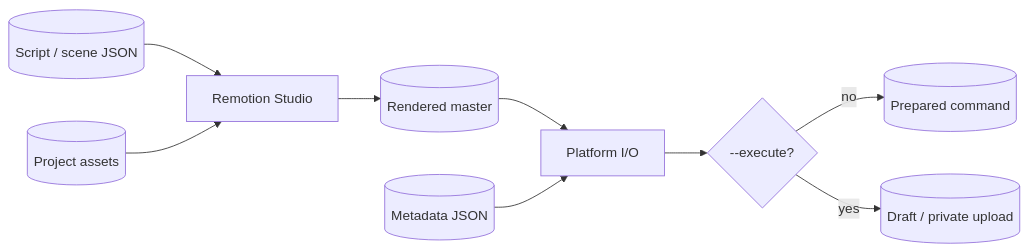
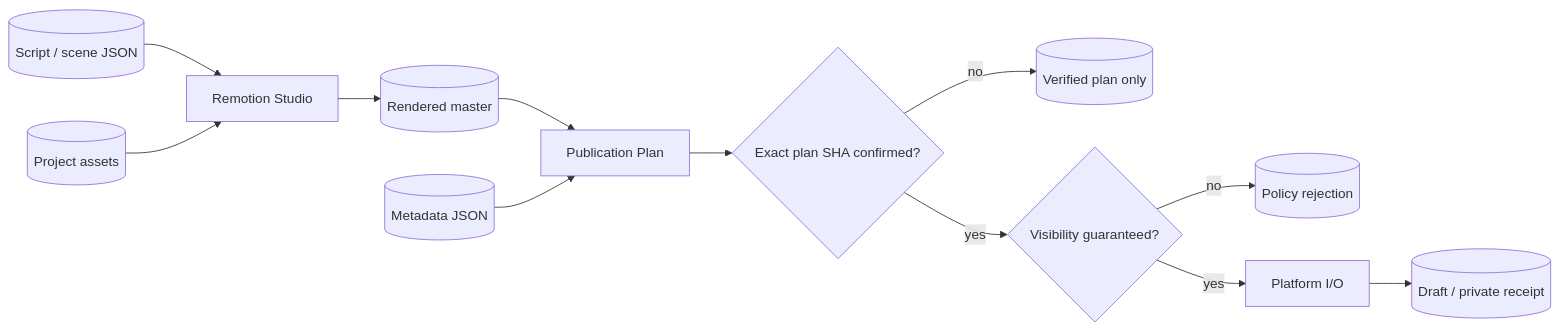
The fifth of 6 diagrams in docs/WORKFLOWS.md (wohuishuo/cc-video-pipeline), drawn with Mermaid before and after one commit. The commit also changed 33 other files, not shown here.

Commit message:
feat(publication): add confirmed multi-platform plans

````diff
--- a/docs/WORKFLOWS.md
+++ b/docs/WORKFLOWS.md
@@ -68,11 +68,14 @@
 ```mermaid
 flowchart LR
     SCRIPT[(Script / scene JSON)] --> STUDIO[Remotion Studio]
     ASSETS[(Project assets)] --> STUDIO
     STUDIO --> RENDER[(Rendered master)]
-    RENDER --> UPLOAD[Platform I/O]
-    META[(Metadata JSON)] --> UPLOAD
-    UPLOAD --> GUARD{--execute?}
-    GUARD -- no --> PREPARED[(Prepared command)]
-    GUARD -- yes --> PRIVATE[(Draft / private upload)]
+    RENDER --> PLAN[Publication Plan]
+    META[(Metadata JSON)] --> PLAN
+    PLAN --> HASH{Exact plan SHA confirmed?}
+    HASH -- no --> PREPARED[(Verified plan only)]
+    HASH -- yes --> POLICY{Visibility guaranteed?}
+    POLICY -- no --> BLOCKED[(Policy rejection)]
+    POLICY -- yes --> UPLOAD[Platform I/O]
+    UPLOAD --> PRIVATE[(Draft / private receipt)]
 ```
````
